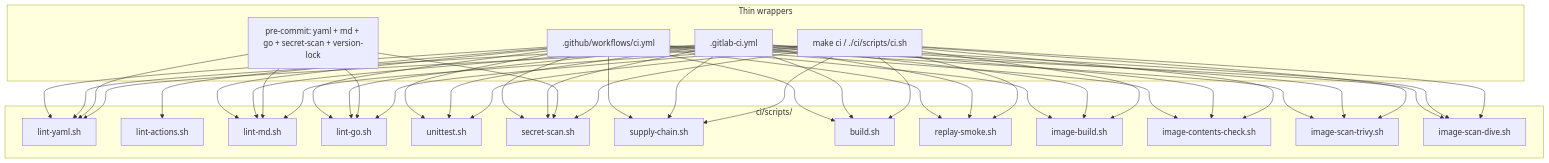
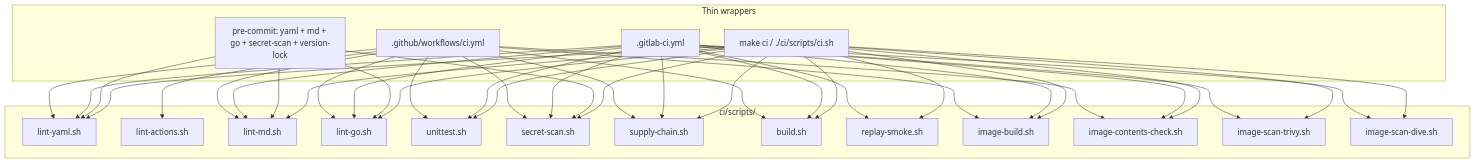
The first of 3 diagrams in docs/ci.md (AvielSegev/storage-cert-harness), drawn with Mermaid before and after one commit. The commit also changed other lines of this file and 3 other files, not shown here.

````diff
--- a/docs/ci.md
+++ b/docs/ci.md
@@ -45,65 +45,62 @@
 ```mermaid
 flowchart TB
   subgraph wrappers [Thin wrappers]
     Local["make ci / ./ci/scripts/ci.sh"]
     PreCommit["pre-commit: yaml + md + go + secret-scan + version-lock"]
     GitLab[".gitlab-ci.yml"]
     GHA[".github/workflows/ci.yml"]
   end
   subgraph scripts [ci/scripts/]
     LintYaml["lint-yaml.sh"]
     LintActions["lint-actions.sh"]
     LintMd["lint-md.sh"]
     LintGo["lint-go.sh"]
     Unittest["unittest.sh"]
     Secret["secret-scan.sh"]
     Supply["supply-chain.sh"]
     Build["build.sh"]
     Replay["replay-smoke.sh"]
     Image["image-build.sh"]
     ImageCheck["image-contents-check.sh"]
     ImageTrivy["image-scan-trivy.sh"]
     ImageDive["image-scan-dive.sh"]
   end
   Local --> LintYaml
   Local --> LintMd
   Local --> LintGo
   Local --> Unittest
   Local --> Secret
   Local --> Supply
   Local --> Build
   Local --> Replay
   Local --> Image
   Local --> ImageCheck
   Local --> ImageTrivy
   Local --> ImageDive
   PreCommit --> LintYaml
   GHA --> LintActions
   PreCommit --> LintMd
   PreCommit --> LintGo
   PreCommit --> Secret
   GitLab --> LintYaml
   GitLab --> LintMd
   GitLab --> LintGo
   GitLab --> Unittest
   GitLab --> Secret
   GitLab --> Supply
   GitLab --> Build
   GitLab --> Replay
   GitLab --> Image
   GitLab --> ImageCheck
   GitLab --> ImageTrivy
   GitLab --> ImageDive
   GHA --> LintYaml
   GHA --> LintMd
   GHA --> LintGo
   GHA --> Unittest
   GHA --> Secret
   GHA --> Supply
   GHA --> Build
-  GHA --> Replay
   GHA --> Image
   GHA --> ImageCheck
-  GHA --> ImageTrivy
-  GHA --> ImageDive
 ```
````
